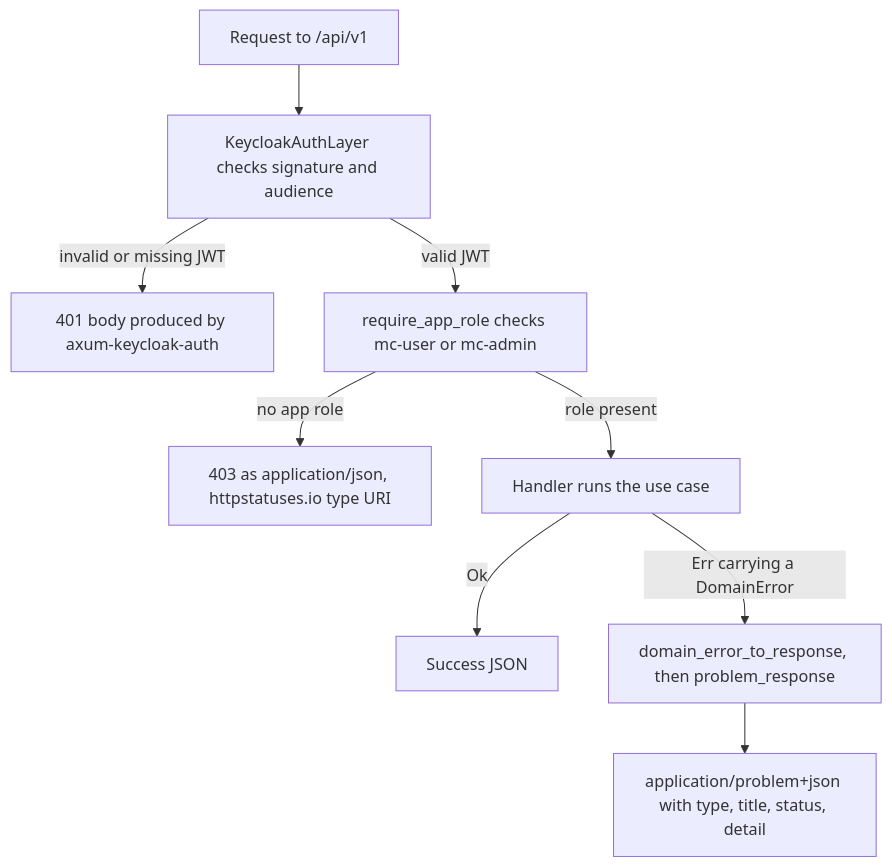
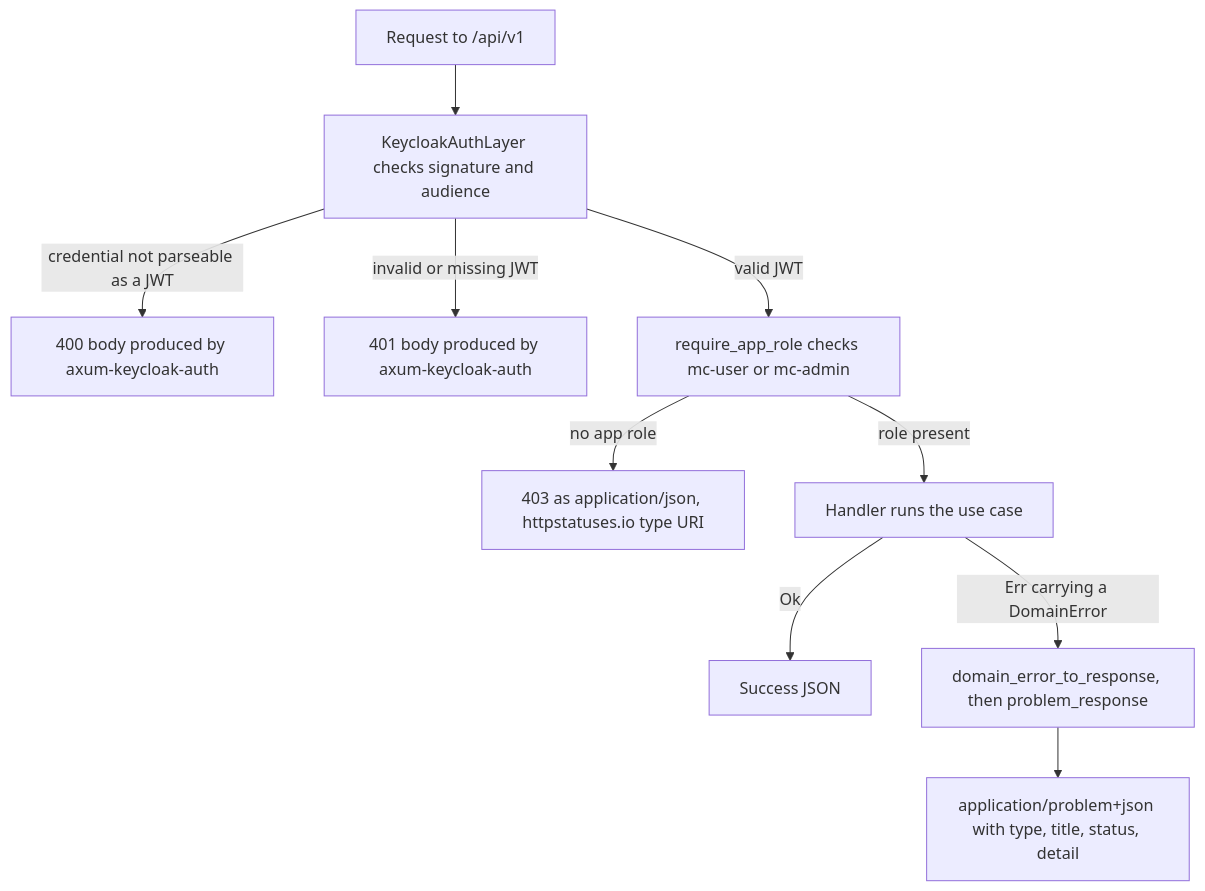
One commit to jumbleknot/MovieCollectionManager changed the diagram in openwiki/gotchas/rfc-9457-problem-details.md. Above: the diagram before and after it, drawn with Mermaid. The commit also changed other lines of this file and 15 other files, not shown here.

````diff
--- a/openwiki/gotchas/rfc-9457-problem-details.md
+++ b/openwiki/gotchas/rfc-9457-problem-details.md
@@ -55,11 +24,12 @@
 ```mermaid
 flowchart TD
     Req["Request to /api/v1"] --> Auth["KeycloakAuthLayer checks signature and audience"]
+    Auth -->|"credential not parseable as a JWT"| Lib400["400 body produced by axum-keycloak-auth"]
     Auth -->|"invalid or missing JWT"| Lib401["401 body produced by axum-keycloak-auth"]
     Auth -->|"valid JWT"| Role["require_app_role checks mc-user or mc-admin"]
     Role -->|"no app role"| Role403["403 as application/json, httpstatuses.io type URI"]
     Role -->|"role present"| Handler["Handler runs the use case"]
     Handler -->|"Ok"| Success["Success JSON"]
     Handler -->|"Err carrying a DomainError"| Problem["domain_error_to_response, then problem_response"]
     Problem --> Body["application/problem+json with type, title, status, detail"]
 ```
````
